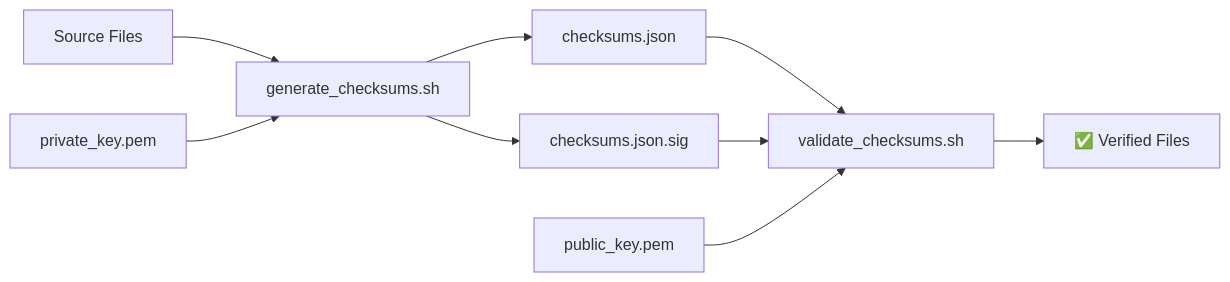
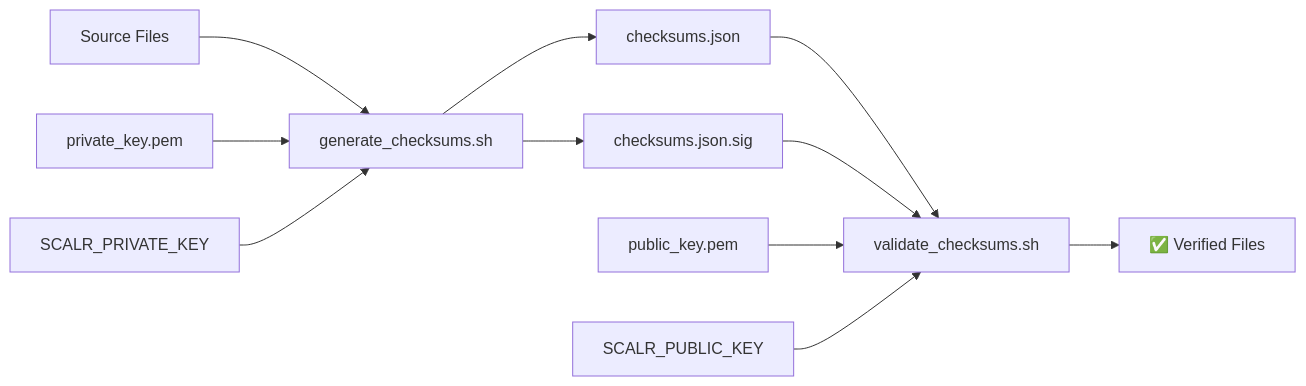
Before and after one commit to rtfee/scalr-checksum: the diagram in README.md, drawn with Mermaid. The commit also changed other lines of this file and 4 other files, not shown here.

````diff
--- a/README.md
+++ b/README.md
@@ -32,11 +32,13 @@
 ```mermaid
 graph LR
     A[Source Files] --> B[generate_checksums.sh]
     B --> C[checksums.json]
     B --> D[checksums.json.sig]
     E[private_key.pem] --> B
+    E2[SCALR_PRIVATE_KEY] --> B
     C --> F[validate_checksums.sh]
     D --> F
     G[public_key.pem] --> F
+    G2[SCALR_PUBLIC_KEY] --> F
     F --> H[✅ Verified Files]
 ```
````
